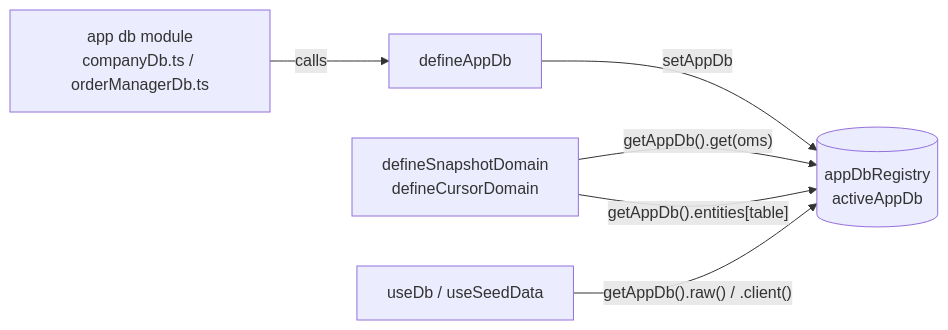
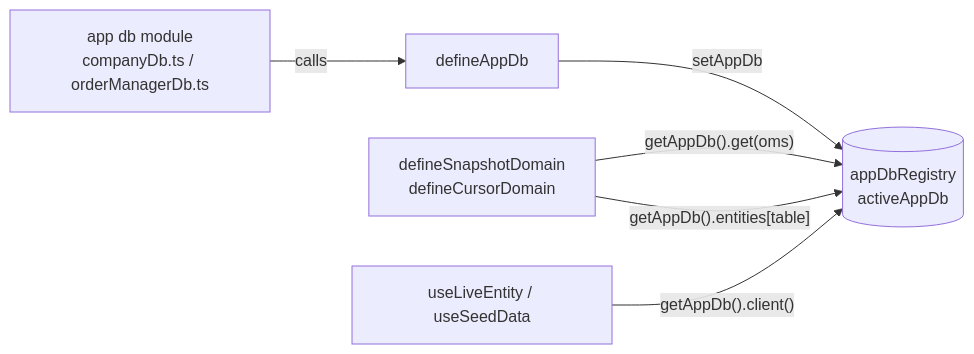
The third of 5 diagrams in docs/APP_DB_ARCHITECTURE.md (hotwax/accxui), drawn with Mermaid before and after one commit. The commit also changed other lines of this file and 31 other files, not shown here.

Commit message:
Improved: Made dbClient the single access layer to the app database, with schema-level table names and a build-time data-access lint gate.

````diff
--- a/docs/APP_DB_ARCHITECTURE.md
+++ b/docs/APP_DB_ARCHITECTURE.md
@@ -359,13 +363,13 @@
 ```mermaid
 graph LR
     APPDB["app db module<br/>companyDb.ts / orderManagerDb.ts"]
     DAD["defineAppDb"]
     REG[("appDbRegistry<br/>activeAppDb")]
     FAC["defineSnapshotDomain<br/>defineCursorDomain"]
-    UD["useDb / useSeedData"]
+    UD["useLiveEntity / useSeedData"]
 
     APPDB -->|calls| DAD -->|setAppDb| REG
     FAC -->|"getAppDb().get(oms)"| REG
     FAC -->|"getAppDb().entities[table]"| REG
-    UD -->|"getAppDb().raw() / .client()"| REG
+    UD -->|"getAppDb().client()"| REG
 ```
````
